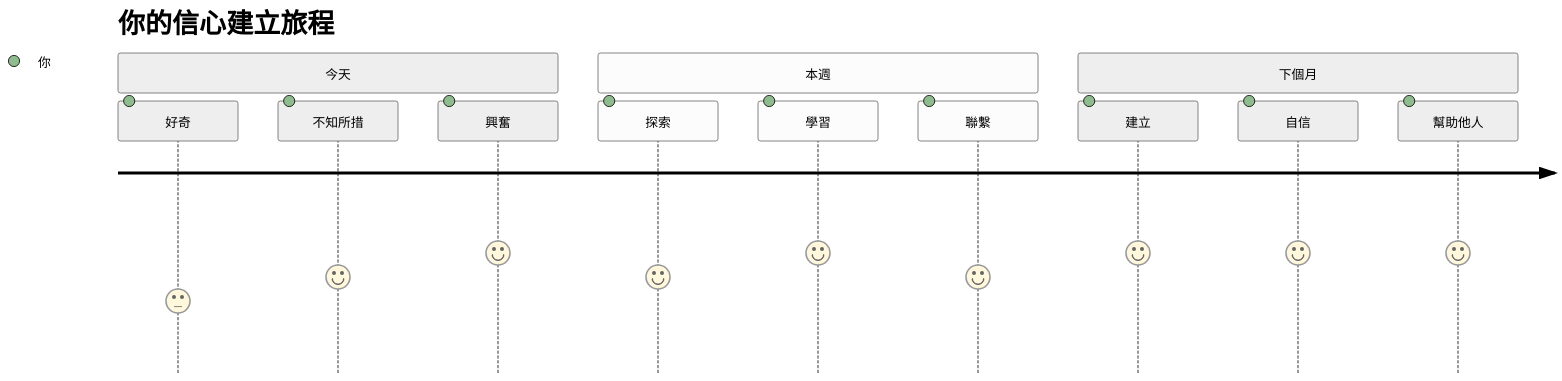
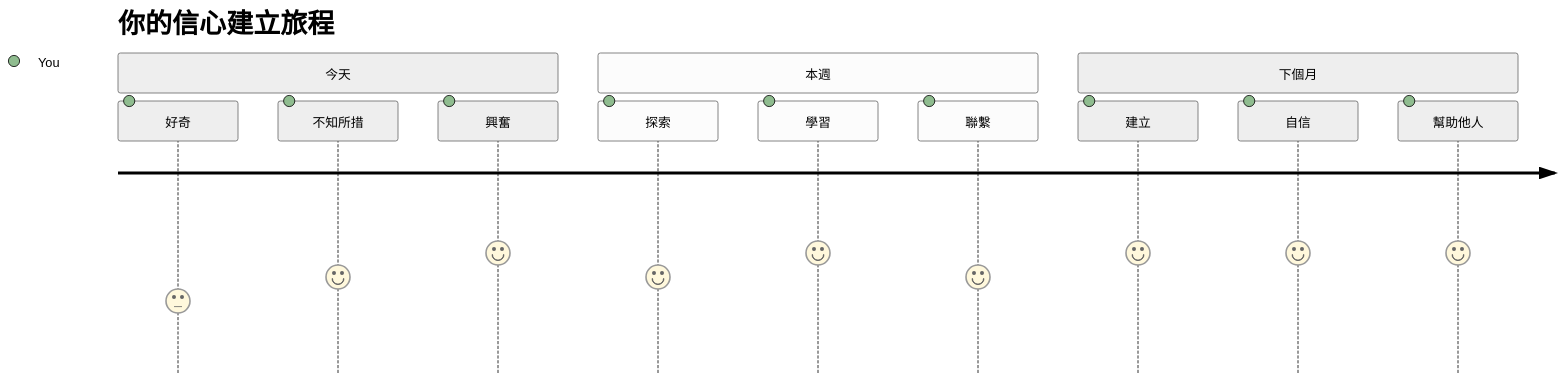
One commit to microsoft/Web-Dev-For-Beginners changed the seventh of 7 diagrams in translations/zh-HK/1-getting-started-lessons/1-intro-to-programming-languages/README.md. Above: the diagram before and after it, drawn with Mermaid (neutral theme). The commit also changed other lines of this file and 11 other files, not shown here.

````diff
--- a/translations/zh-HK/1-getting-started-lessons/1-intro-to-programming-languages/README.md
+++ b/translations/zh-HK/1-getting-started-lessons/1-intro-to-programming-languages/README.md
@@ -830,16 +831,16 @@
 ```mermaid
 journey
     title 你的信心建立旅程
     section 今天
-      好奇: 3: 你
-      不知所措: 4: 你
-      興奮: 5: 你
+      好奇: 3: You
+      不知所措: 4: You
+      興奮: 5: You
     section 本週
-      探索: 4: 你
-      學習: 5: 你
-      聯繫: 4: 你
+      探索: 4: You
+      學習: 5: You
+      聯繫: 4: You
     section 下個月
-      建立: 5: 你
-      自信: 5: 你
-      幫助他人: 5: 你
+      建立: 5: You
+      自信: 5: You
+      幫助他人: 5: You
 ```
````
